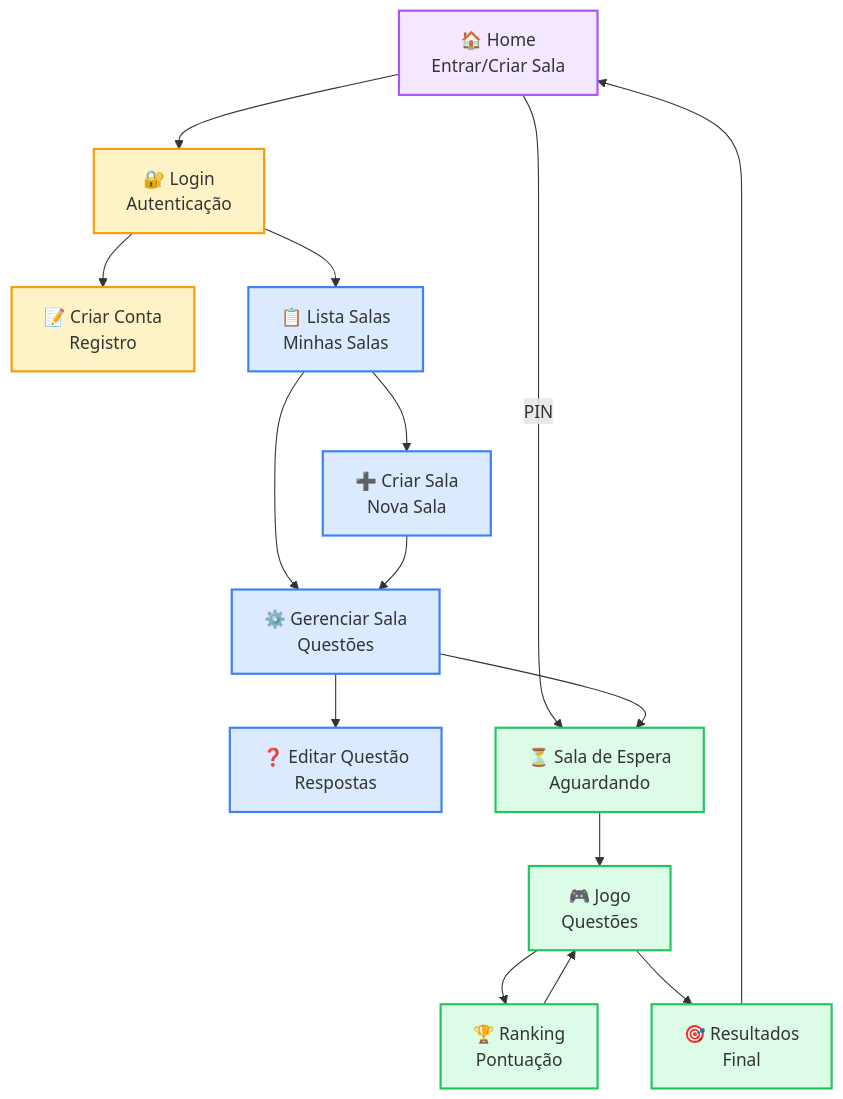
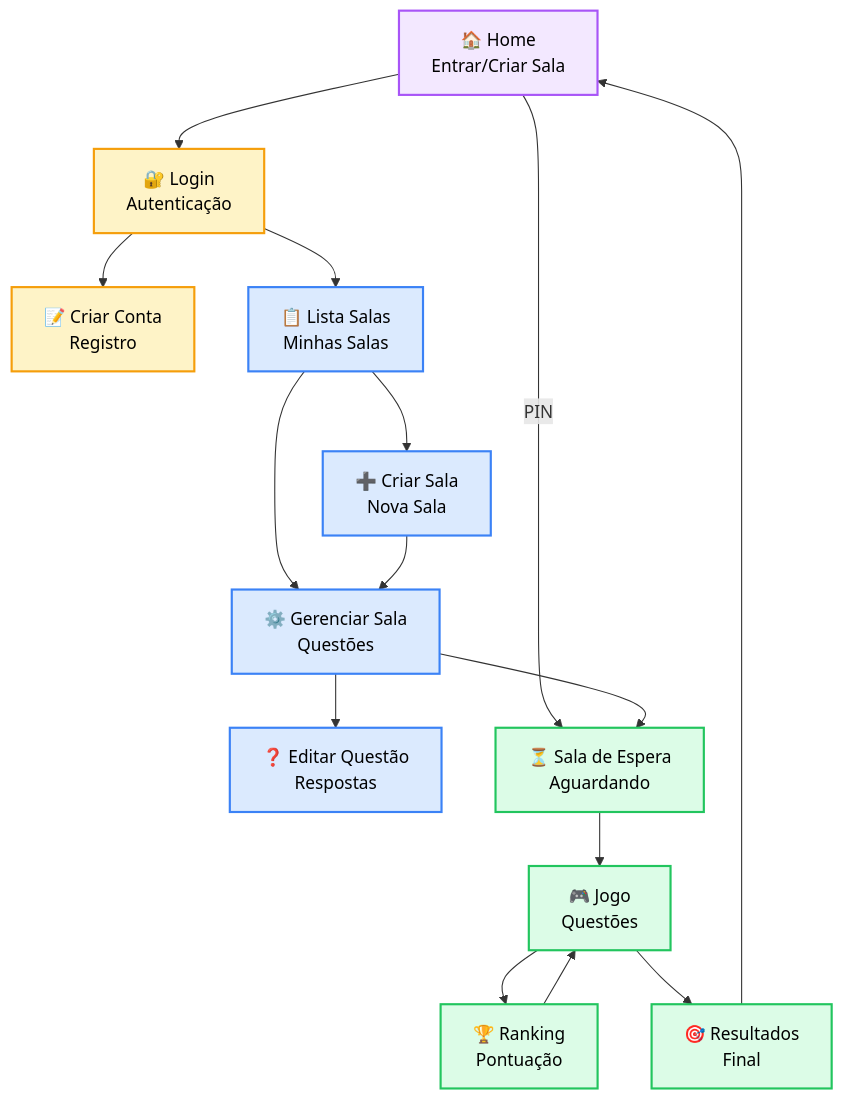
One commit to erik-gastao/sabixao changed the second of 4 diagrams in frontend/README.md. Above: the diagram before and after it, drawn with Mermaid. The commit also changed other lines of this file and 1 other file, not shown here.

Commit message:
fix: melhorar legibilidade do texto nos diagramas Mermaid
- Adicionar color:#000 nos estilos dos diagramas
- Corrigir texto dos READMEs do frontend e backend
- Garantir contraste adequado em todos os elementos visuais

````diff
--- a/frontend/README.md
+++ b/frontend/README.md
@@ -34,48 +34,48 @@
 ```mermaid
 flowchart TD
     %% Páginas principais
     HOME[🏠 Home<br/>Entrar/Criar Sala]
     LOGIN[🔐 Login<br/>Autenticação]
     CRIAR_CONTA[📝 Criar Conta<br/>Registro]
     
     %% Área logada
     LISTA_SALAS[📋 Lista Salas<br/>Minhas Salas]
     CRIAR_SALA[➕ Criar Sala<br/>Nova Sala]
     SALA_ADMIN[⚙️ Gerenciar Sala<br/>Questões]
     EDITAR_QUESTAO[❓ Editar Questão<br/>Respostas]
     
     %% Área de jogo
     ESPERA[⏳ Sala de Espera<br/>Aguardando]
     JOGO[🎮 Jogo<br/>Questões]
     RANKING[🏆 Ranking<br/>Pontuação]
     RESULTADOS[🎯 Resultados<br/>Final]
     
     %% Fluxos
     HOME --> LOGIN
     HOME --> |PIN| ESPERA
     LOGIN --> CRIAR_CONTA
     LOGIN --> LISTA_SALAS
     
     LISTA_SALAS --> CRIAR_SALA
     LISTA_SALAS --> SALA_ADMIN
     SALA_ADMIN --> EDITAR_QUESTAO
     SALA_ADMIN --> ESPERA
     CRIAR_SALA --> SALA_ADMIN
     
     ESPERA --> JOGO
     JOGO --> RANKING
     RANKING --> JOGO
     JOGO --> RESULTADOS
     RESULTADOS --> HOME
     
     %% Estilos
-    classDef auth fill:#fef3c7,stroke:#f59e0b,stroke-width:2px
-    classDef admin fill:#dbeafe,stroke:#3b82f6,stroke-width:2px
-    classDef game fill:#dcfce7,stroke:#22c55e,stroke-width:2px
-    classDef home fill:#f3e8ff,stroke:#a855f7,stroke-width:2px
+    classDef auth fill:#fef3c7,stroke:#f59e0b,stroke-width:2px,color:#000
+    classDef admin fill:#dbeafe,stroke:#3b82f6,stroke-width:2px,color:#000
+    classDef game fill:#dcfce7,stroke:#22c55e,stroke-width:2px,color:#000
+    classDef home fill:#f3e8ff,stroke:#a855f7,stroke-width:2px,color:#000
     
     class LOGIN,CRIAR_CONTA auth
     class LISTA_SALAS,CRIAR_SALA,SALA_ADMIN,EDITAR_QUESTAO admin
     class ESPERA,JOGO,RANKING,RESULTADOS game
     class HOME home
 ```
````
